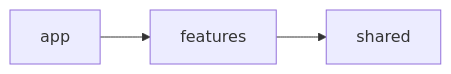
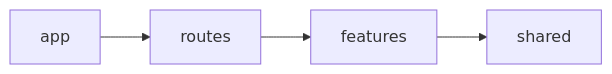
Before and after one commit to BenSheridanEdwards/AgenticRepoTemplate: the diagram in docs/architecture/roles.mmd, drawn with Mermaid. The commit also changed 5 other files, not shown here.

```diff
--- a/docs/architecture/roles.mmd
+++ b/docs/architecture/roles.mmd
@@ -1,7 +1,9 @@
 %% Generated by `pnpm arch:diagram` from .fallowrc.jsonc. Edit the rules file, not this file.
 flowchart LR
   app["app"]
   features["features"]
+  routes["routes"]
   shared["shared"]
-  app --> features
+  app --> routes
   features --> shared
+  routes --> features
```
